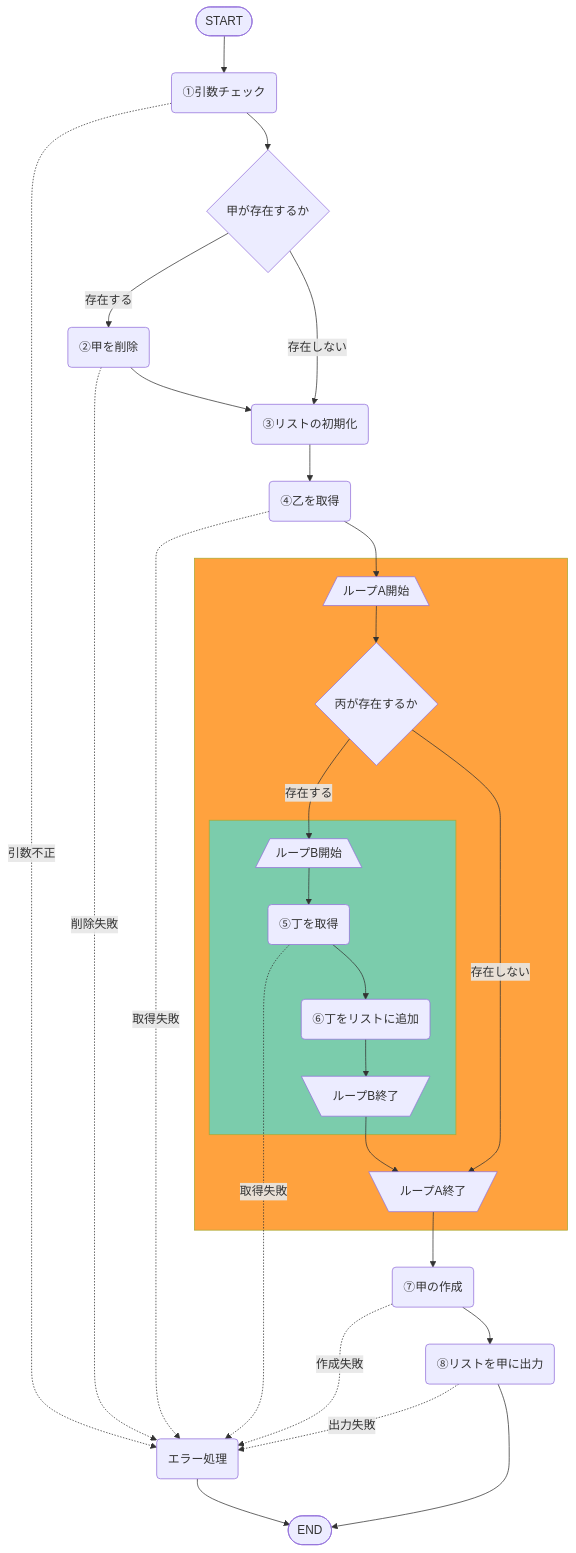
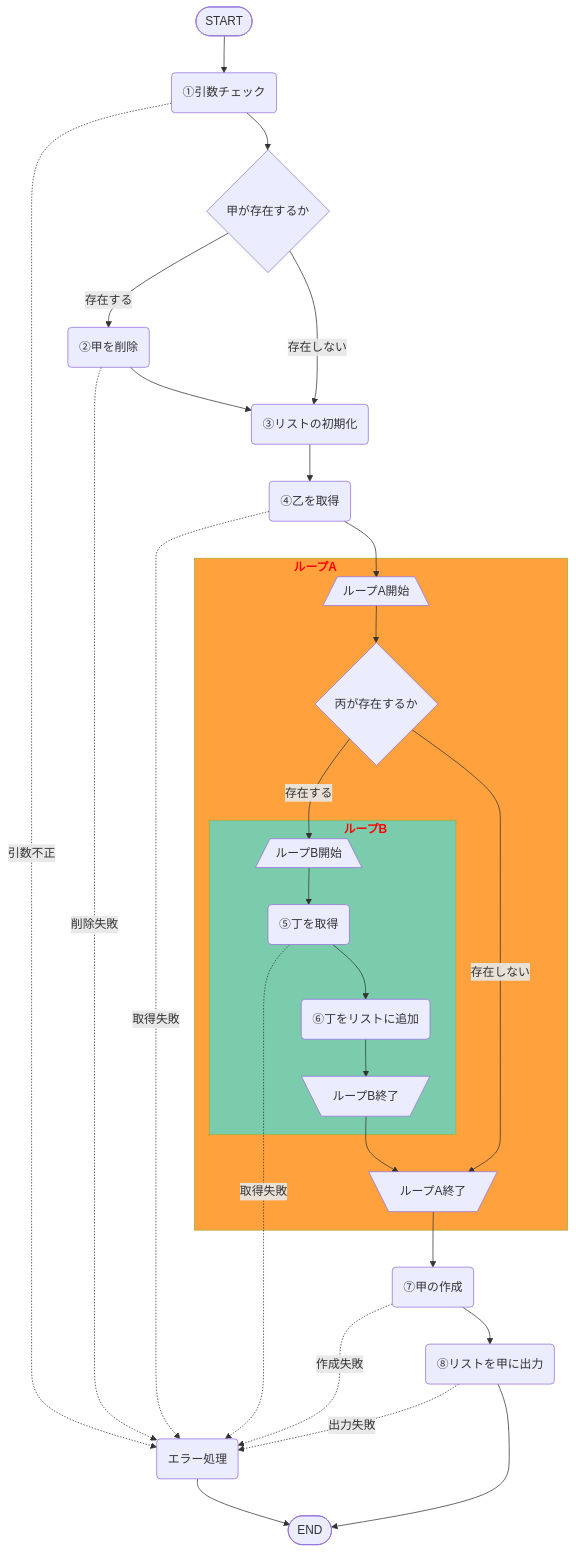
The diagram in フローチャート1.md (Kat-S/mermaid_test), drawn with Mermaid before and after one commit.

````diff
--- a/フローチャート1.md
+++ b/フローチャート1.md
@@ -1,55 +1,55 @@
 ```mermaid
 graph TB
   %% ノード定義
   start(["START"])
   node_1("①引数チェック")
   fork_1{"甲が存在するか"}
   node_2("②甲を削除")  
   node_3("③リストの初期化")  
   node_4("④乙を取得")
-  subgraph loop_1[" "]
+  subgraph loop_1["<strong>ループA&nbsp;&nbsp;&nbsp;&nbsp;&nbsp;&nbsp;&nbsp;&nbsp;&nbsp;&nbsp;&nbsp;&nbsp;&nbsp;&nbsp;&nbsp;&nbsp;&nbsp;&nbsp;&nbsp;&nbsp;&nbsp;&nbsp;&nbsp;&nbsp;&nbsp;&nbsp;&nbsp;&nbsp;&nbsp;&nbsp;&nbsp;&nbsp;&nbsp;&nbsp;&nbsp;&nbsp;&nbsp;&nbsp;&nbsp;&nbsp;</strong>"]
     loop_1_start[/"ループA開始"\]
     loop_1_goal[\"ループA終了"/]
     fork_2{"丙が存在するか"}
-    subgraph loop_2[" "]
+    subgraph loop_2["<strong>&nbsp;&nbsp;&nbsp;&nbsp;&nbsp;&nbsp;&nbsp;&nbsp;&nbsp;&nbsp;&nbsp;&nbsp;&nbsp;&nbsp;&nbsp;&nbsp;&nbsp;&nbsp;&nbsp;&nbsp;ループB</strong>"]
       loop_2_start[/"ループB開始"\]
       loop_2_goal[\"ループB終了"/]  
       node_5("⑤丁を取得")
       node_6("⑥丁をリストに追加")        
     end
   end
   node_7("⑦甲の作成")
   node_8("⑧リストを甲に出力")  
   error_1("エラー処理")    
   goal(["END"])
 
   %% ノードスタイル定義
-  style loop_1 fill:#ffa23e
-  style loop_2 fill:#7BCCAC
+  style loop_1 fill:#ffa23e,color:red
+  style loop_2 fill:#7BCCAC,color:red
 
   %% リンク定義
   start --> node_1
   node_1 -. "引数不正" .-> error_1  
   node_1 --> fork_1
   fork_1 --> |"存在する"| node_2   
   node_2 -. "削除失敗" .-> error_1  
   node_2 --> node_3
   fork_1 --> |"存在しない"| node_3
   node_3 --> node_4
   node_4 -. "取得失敗" .-> error_1  
   node_4 --> loop_1_start
   loop_1_start --> fork_2
   fork_2 --> |"存在する"| loop_2_start
   loop_2_start --> node_5
   node_5 -. "取得失敗" .-> error_1
   node_5 --> node_6
   node_6 --> loop_2_goal
   loop_2_goal --> loop_1_goal
   fork_2 --> |"存在しない"| loop_1_goal
   loop_1_goal --> node_7
   node_7 -. "作成失敗" .-> error_1  
   node_7 --> node_8
   node_8 -. "出力失敗" .-> error_1  
   node_8 --> goal  
   error_1 --> goal  
 ```
````
